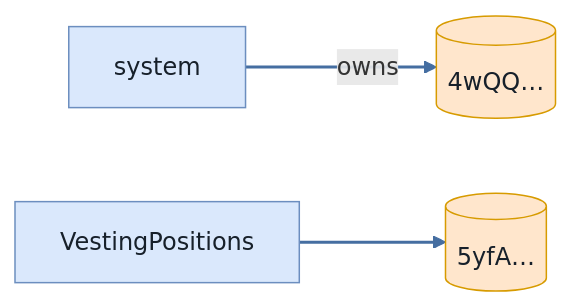
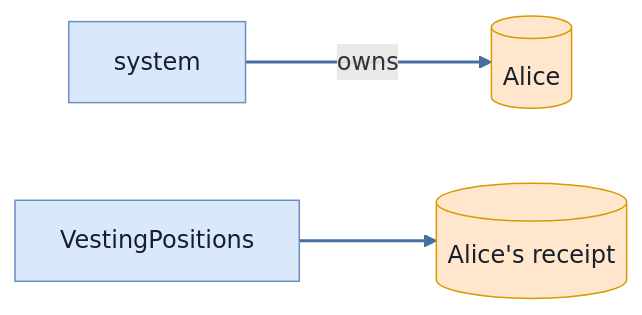
One commit to cds-turbin3/vesting-position changed the ninth of 9 diagrams in babelfish-tests/test-report/close_receipt_fails_while_campaign_active.md. Above: the diagram before and after it, drawn with Mermaid. The commit also changed other lines of this file and 104 other files, not shown here.

````diff
--- a/babelfish-tests/test-report/close_receipt_fails_while_campaign_active.md
+++ b/babelfish-tests/test-report/close_receipt_fails_while_campaign_active.md
@@ -406,13 +405,13 @@
 ```mermaid
 flowchart LR
     system["system"]:::program
-    n4wQQ[("4wQQ…")]:::state
+    Alice[("Alice")]:::state
     VestingPositions["VestingPositions"]:::program
-    n5yfA[("5yfA…")]:::state
-    system -->|owns| n4wQQ
-    VestingPositions --> n5yfA
+    Alicesreceipt[("Alice's receipt")]:::state
+    system -->|owns| Alice
+    VestingPositions --> Alicesreceipt
     classDef program fill:#dae8fc,stroke:#6c8ebf,color:#17202a;
     classDef signer fill:#d5e8d4,stroke:#82b366,color:#17202a;
     classDef state fill:#ffe6cc,stroke:#d79b00,color:#17202a;
     linkStyle 0,1 stroke:#456ea1,stroke-width:2px
 ```
````
